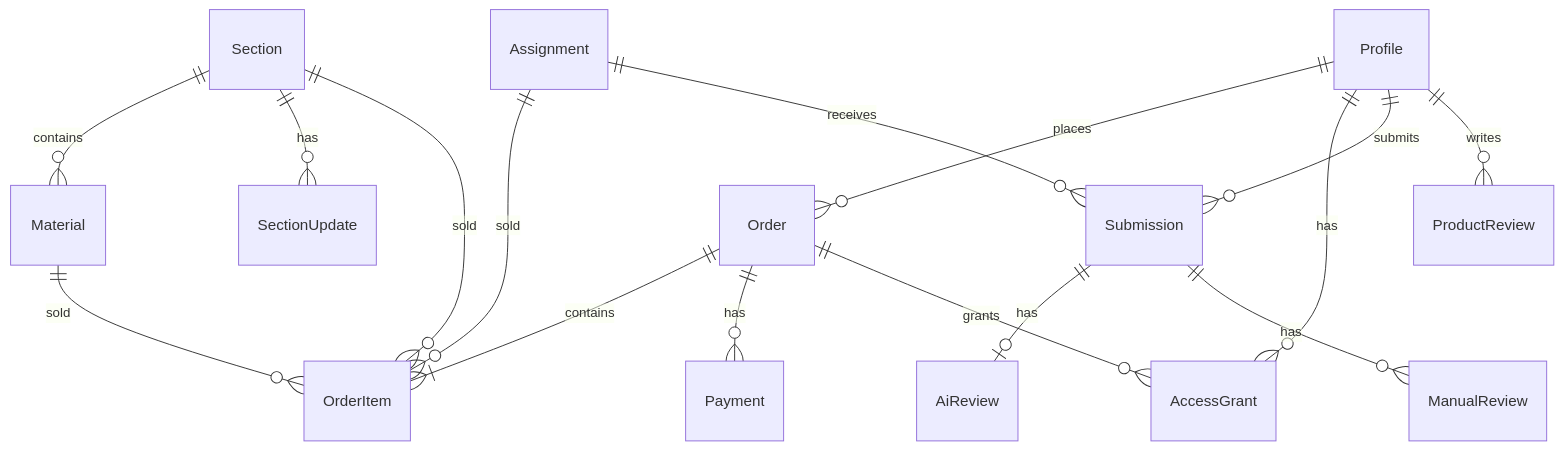
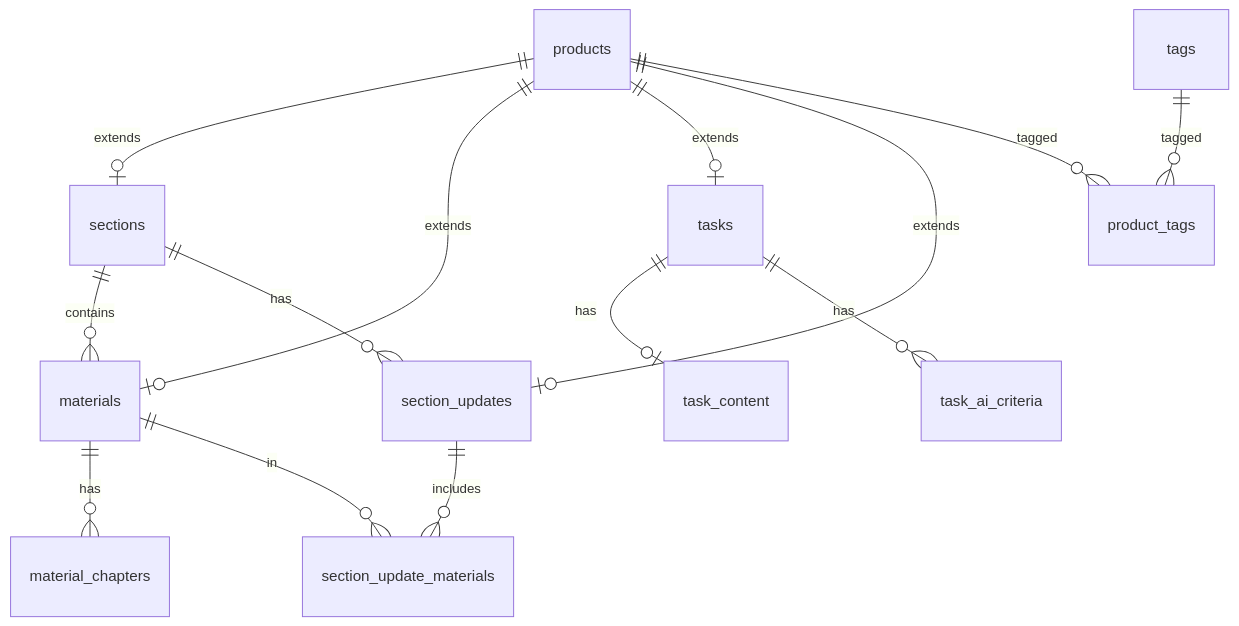
The diagram in docs/DATA_MODEL.md (dmitryjs/design-tusovka), drawn with Mermaid before and after one commit. The commit also changed other lines of this file and 11 other files, not shown here.

Commit message:
feat(db): add catalog schema and Supabase CLI fixes

````diff
--- a/docs/DATA_MODEL.md
+++ b/docs/DATA_MODEL.md
@@ -194,18 +119,16 @@
 ```mermaid
 erDiagram
-  Profile ||--o{ Order : places
-  Profile ||--o{ AccessGrant : has
-  Profile ||--o{ Submission : submits
-  Profile ||--o{ ProductReview : writes
-  Section ||--o{ Material : contains
-  Section ||--o{ SectionUpdate : has
-  Material ||--o{ OrderItem : sold
-  Assignment ||--o{ OrderItem : sold
-  Section ||--o{ OrderItem : sold
-  Order ||--|{ OrderItem : contains
-  Order ||--o{ Payment : has
-  Order ||--o{ AccessGrant : grants
-  Assignment ||--o{ Submission : receives
-  Submission ||--o| AiReview : has
-  Submission ||--o{ ManualReview : has
+  products ||--o| sections : extends
+  products ||--o| materials : extends
+  products ||--o| tasks : extends
+  products ||--o| section_updates : extends
+  sections ||--o{ materials : contains
+  materials ||--o{ material_chapters : has
+  tasks ||--o| task_content : has
+  tasks ||--o{ task_ai_criteria : has
+  products ||--o{ product_tags : tagged
+  tags ||--o{ product_tags : tagged
+  sections ||--o{ section_updates : has
+  section_updates ||--o{ section_update_materials : includes
+  materials ||--o{ section_update_materials : in
 ```
````
